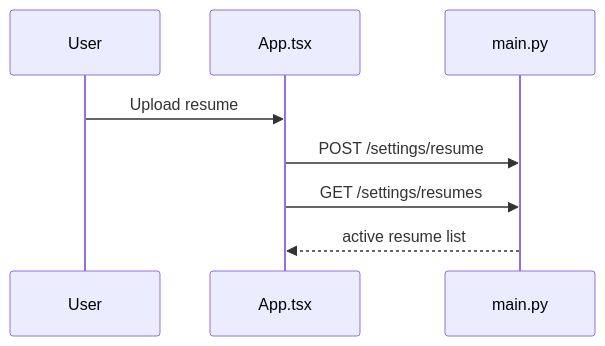
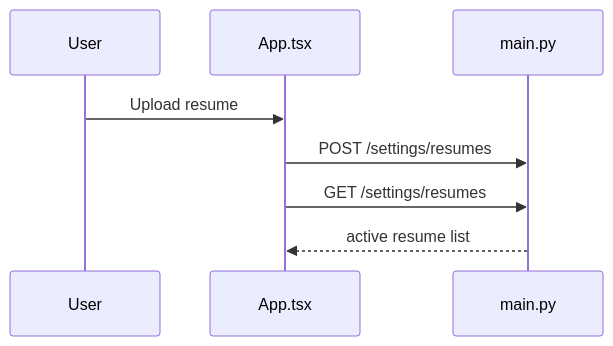
Before and after one commit to chaitanyadheeraj98/CODEJOB: diagram 15 of 21 in docs/mermaids-features.md, drawn with Mermaid. The commit also changed other lines of this file and 9 other files, not shown here.

````diff
--- a/docs/mermaids-features.md
+++ b/docs/mermaids-features.md
@@ -336,10 +335,10 @@
 ```mermaid
 sequenceDiagram
   participant U as User
   participant FE as App.tsx
   participant BE as main.py
   U->>FE: Upload resume
-  FE->>BE: POST /settings/resume
+  FE->>BE: POST /settings/resumes
   FE->>BE: GET /settings/resumes
   BE-->>FE: active resume list
 ```
````
